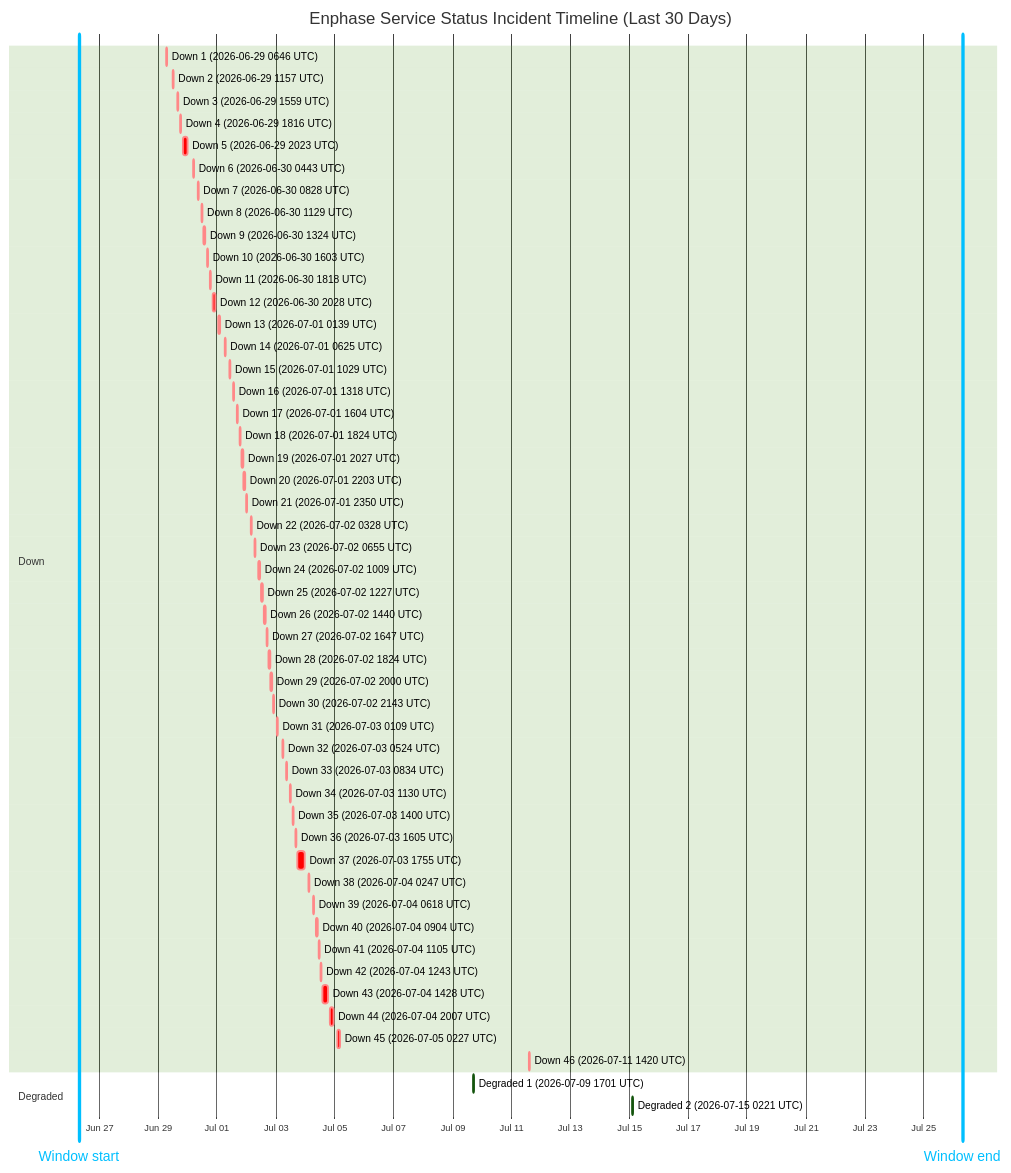
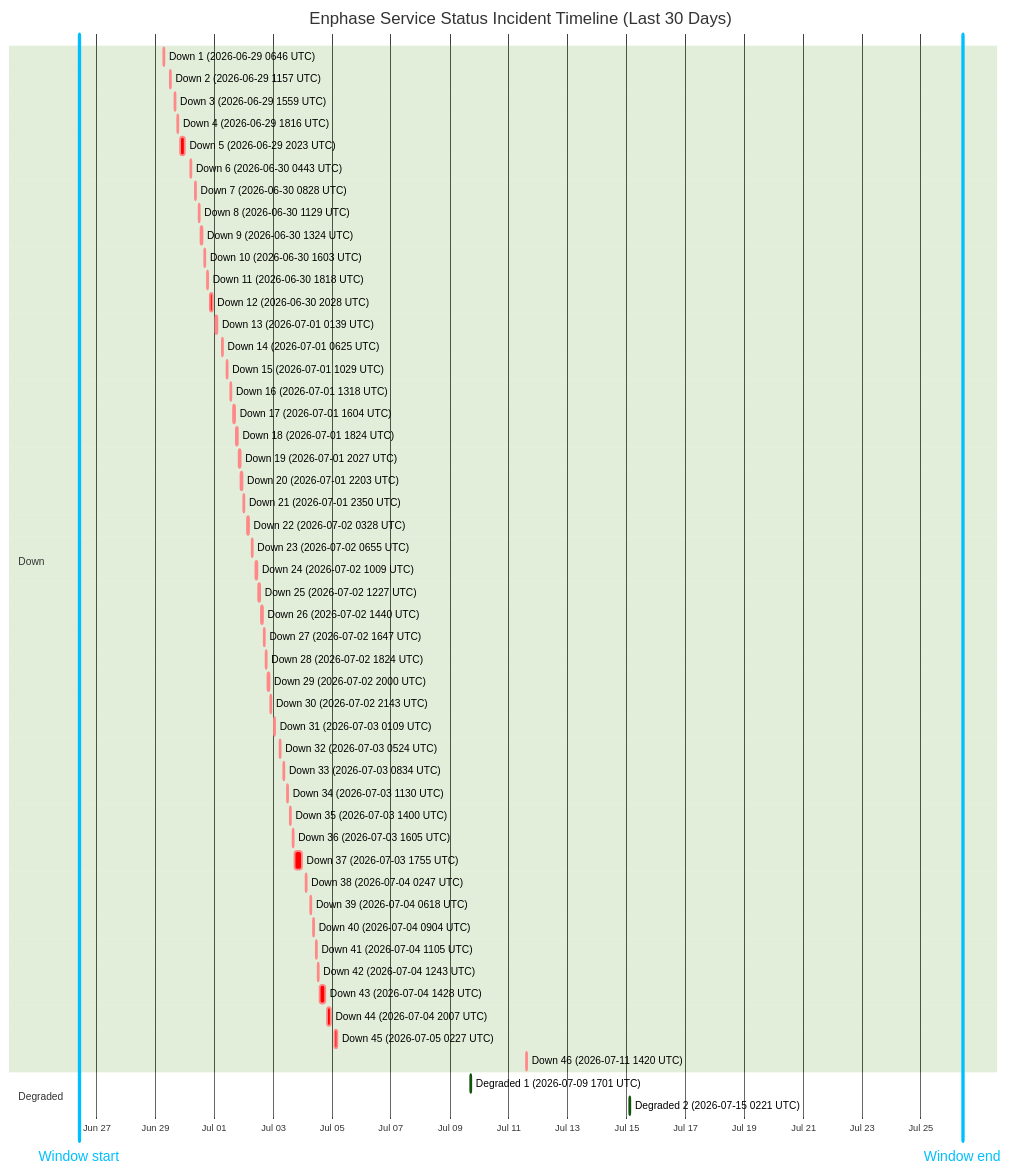
One commit to barneyonline/ha-enphase-energy changed the diagram in wiki/Service-Status-History.md. Above: the diagram before and after it, drawn with Mermaid (forest theme). The commit also changed other lines of this file and 3 other files, not shown here.

````diff
--- a/wiki/Service-Status-History.md
+++ b/wiki/Service-Status-History.md
@@ -14,58 +14,58 @@
 ```mermaid
 gantt
     title Enphase Service Status Incident Timeline (Last 30 Days)
     dateFormat  YYYY-MM-DDTHH:mm:ss
     axisFormat  %b %d
-    Window start :vert, window-start, 2026-06-26T07:36:32, 0ms
-    Window end :vert, window-end, 2026-07-26T07:36:32, 0ms
+    Window start :vert, window-start, 2026-06-26T09:57:31, 0ms
+    Window end :vert, window-end, 2026-07-26T09:57:31, 0ms
     section Down
     Down 1 (2026-06-29 0646 UTC) :crit, down-1, 2026-06-29T06:46:18, 60m
     Down 2 (2026-06-29 1157 UTC) :crit, down-2, 2026-06-29T11:57:36, 60m
     Down 3 (2026-06-29 1559 UTC) :crit, down-3, 2026-06-29T15:59:02, 60m
     Down 4 (2026-06-29 1816 UTC) :crit, down-4, 2026-06-29T18:16:38, 60m
     Down 5 (2026-06-29 2023 UTC) :crit, down-5, 2026-06-29T20:23:16, 220m
     Down 6 (2026-06-30 0443 UTC) :crit, down-6, 2026-06-30T04:43:54, 60m
     Down 7 (2026-06-30 0828 UTC) :crit, down-7, 2026-06-30T08:28:43, 60m
     Down 8 (2026-06-30 1129 UTC) :crit, down-8, 2026-06-30T11:29:15, 60m
     Down 9 (2026-06-30 1324 UTC) :crit, down-9, 2026-06-30T13:24:25, 60m
     Down 10 (2026-06-30 1603 UTC) :crit, down-10, 2026-06-30T16:03:26, 60m
     Down 11 (2026-06-30 1818 UTC) :crit, down-11, 2026-06-30T18:18:39, 60m
     Down 12 (2026-06-30 2028 UTC) :crit, down-12, 2026-06-30T20:28:54, 171m
     Down 13 (2026-07-01 0139 UTC) :crit, down-13, 2026-07-01T01:39:18, 60m
     Down 14 (2026-07-01 0625 UTC) :crit, down-14, 2026-07-01T06:25:35, 60m
     Down 15 (2026-07-01 1029 UTC) :crit, down-15, 2026-07-01T10:29:24, 60m
     Down 16 (2026-07-01 1318 UTC) :crit, down-16, 2026-07-01T13:18:31, 60m
     Down 17 (2026-07-01 1604 UTC) :crit, down-17, 2026-07-01T16:04:29, 60m
     Down 18 (2026-07-01 1824 UTC) :crit, down-18, 2026-07-01T18:24:21, 60m
     Down 19 (2026-07-01 2027 UTC) :crit, down-19, 2026-07-01T20:27:17, 60m
     Down 20 (2026-07-01 2203 UTC) :crit, down-20, 2026-07-01T22:03:46, 60m
     Down 21 (2026-07-01 2350 UTC) :crit, down-21, 2026-07-01T23:50:52, 60m
     Down 22 (2026-07-02 0328 UTC) :crit, down-22, 2026-07-02T03:28:33, 60m
     Down 23 (2026-07-02 0655 UTC) :crit, down-23, 2026-07-02T06:55:07, 60m
     Down 24 (2026-07-02 1009 UTC) :crit, down-24, 2026-07-02T10:09:15, 60m
     Down 25 (2026-07-02 1227 UTC) :crit, down-25, 2026-07-02T12:27:49, 60m
     Down 26 (2026-07-02 1440 UTC) :crit, down-26, 2026-07-02T14:40:53, 60m
     Down 27 (2026-07-02 1647 UTC) :crit, down-27, 2026-07-02T16:47:47, 60m
     Down 28 (2026-07-02 1824 UTC) :crit, down-28, 2026-07-02T18:24:26, 60m
     Down 29 (2026-07-02 2000 UTC) :crit, down-29, 2026-07-02T20:00:57, 60m
     Down 30 (2026-07-02 2143 UTC) :crit, down-30, 2026-07-02T21:43:52, 80m
     Down 31 (2026-07-03 0109 UTC) :crit, down-31, 2026-07-03T01:09:19, 60m
     Down 32 (2026-07-03 0524 UTC) :crit, down-32, 2026-07-03T05:24:23, 60m
     Down 33 (2026-07-03 0834 UTC) :crit, down-33, 2026-07-03T08:34:05, 60m
     Down 34 (2026-07-03 1130 UTC) :crit, down-34, 2026-07-03T11:30:41, 60m
     Down 35 (2026-07-03 1400 UTC) :crit, down-35, 2026-07-03T14:00:48, 60m
     Down 36 (2026-07-03 1605 UTC) :crit, down-36, 2026-07-03T16:05:49, 60m
     Down 37 (2026-07-03 1755 UTC) :crit, down-37, 2026-07-03T17:55:54, 338m
     Down 38 (2026-07-04 0247 UTC) :crit, down-38, 2026-07-04T02:47:22, 60m
     Down 39 (2026-07-04 0618 UTC) :crit, down-39, 2026-07-04T06:18:09, 60m
     Down 40 (2026-07-04 0904 UTC) :crit, down-40, 2026-07-04T09:04:41, 60m
     Down 41 (2026-07-04 1105 UTC) :crit, down-41, 2026-07-04T11:05:21, 60m
     Down 42 (2026-07-04 1243 UTC) :crit, down-42, 2026-07-04T12:43:25, 60m
     Down 43 (2026-07-04 1428 UTC) :crit, down-43, 2026-07-04T14:28:07, 243m
     Down 44 (2026-07-04 2007 UTC) :crit, down-44, 2026-07-04T20:07:50, 206m
     Down 45 (2026-07-05 0227 UTC) :crit, down-45, 2026-07-05T02:27:32, 109m
     Down 46 (2026-07-11 1420 UTC) :crit, down-46, 2026-07-11T14:20:54, 69m
     section Degraded
     Degraded 1 (2026-07-09 1701 UTC) :active, degraded-1, 2026-07-09T17:01:02, 60m
     Degraded 2 (2026-07-15 0221 UTC) :active, degraded-2, 2026-07-15T02:21:35, 60m
 ```
````
